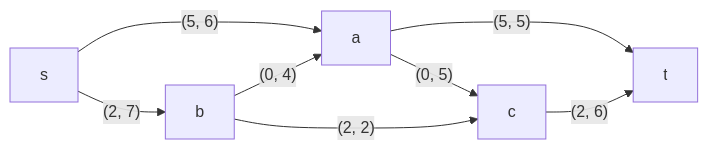
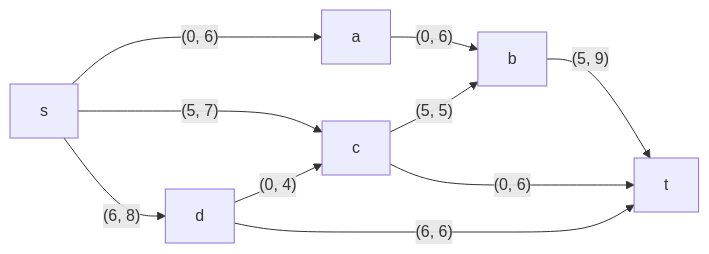
Before and after one commit to hse-algo-24-raven/manual-tasks-raven: the seventh of 11 diagrams in task-9/pustobek.md, drawn with Mermaid. The commit also changed other lines of this file, not shown here.

````diff
--- a/task-9/pustobek.md
+++ b/task-9/pustobek.md
@@ -102,10 +111,13 @@
 ```mermaid
 graph LR
-    s-->|"(5, 6)"|a
-    s-->|"(2, 7)"|b
-    b-->|"(0, 4)"|a
-    a-->|"(0, 5)"|c
-    a-->|"(5, 5)"|t
-    b-->|"(2, 2)"|c
-    c-->|"(2, 6)"|t
+    s-->|"(0, 6)"|a
+    s-->|"(5, 7)"|c
+    s-->|"(6, 8)"|d
+    a-->|"(0, 6)"|b
+    c-->|"(5, 5)"|b
+    d-->|"(0, 4)"|c
+    c-->|"(0, 6)"|t
+    d-->|"(6, 6)"|t
+    b-->|"(5, 9)"|t
+
 ```
````
